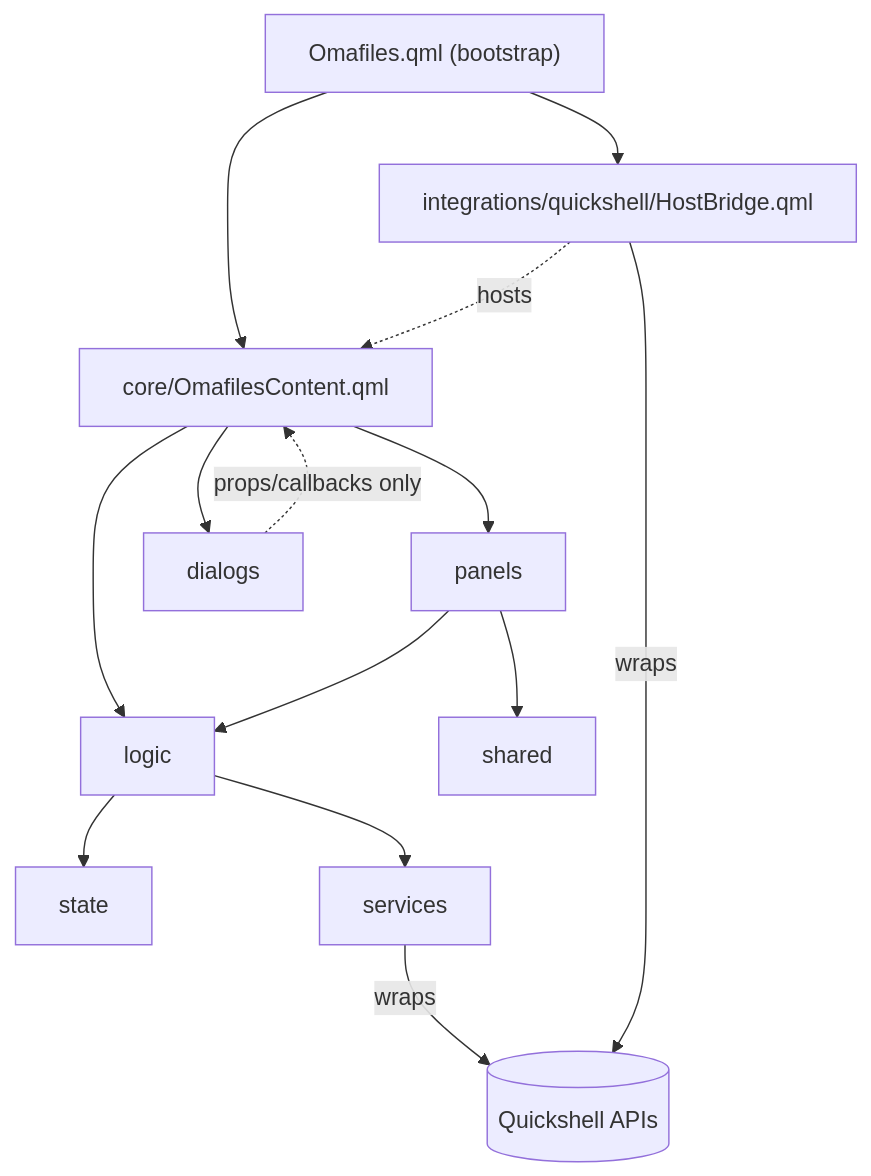
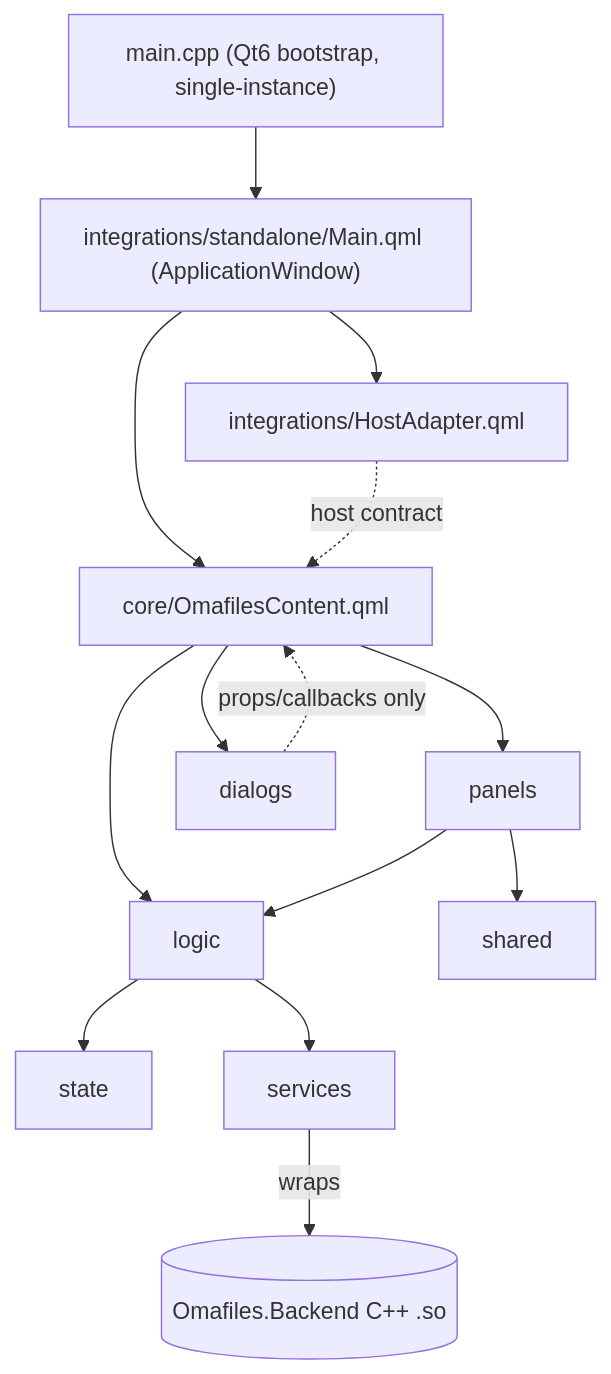
One commit to Flaxenox/omafiles changed the diagram in ARCHITECTURE.md. Above: the diagram before and after it, drawn with Mermaid. The commit also changed other lines of this file and 4 other files, not shown here.

First line of the commit message:
refactor: remove Quickshell frontend — Qt6 standalone is the only frontend

````diff
--- a/ARCHITECTURE.md
+++ b/ARCHITECTURE.md
@@ -34,16 +39,16 @@
 ```mermaid
 graph TD
-  Omafiles["Omafiles.qml (bootstrap)"] --> HostBridge["integrations/quickshell/HostBridge.qml"]
-  Omafiles --> Content["core/OmafilesContent.qml"]
-  HostBridge -.hosts.-> Content
+  Main["main.cpp (Qt6 bootstrap, single-instance)"] --> MainQml["integrations/standalone/Main.qml (ApplicationWindow)"]
+  MainQml --> Adapter["integrations/HostAdapter.qml"]
+  MainQml --> Content["core/OmafilesContent.qml"]
+  Adapter -.host contract.-> Content
   Content --> panels
   Content --> dialogs
   Content --> logic
   panels --> logic
   dialogs -. props/callbacks only .-> Content
   logic --> state
   logic --> services
   panels --> shared
-  services -->|wraps| Quickshell[(Quickshell APIs)]
-  HostBridge -->|wraps| Quickshell
+  services -->|wraps| Backend[(Omafiles.Backend C++ .so)]
 ```
````
